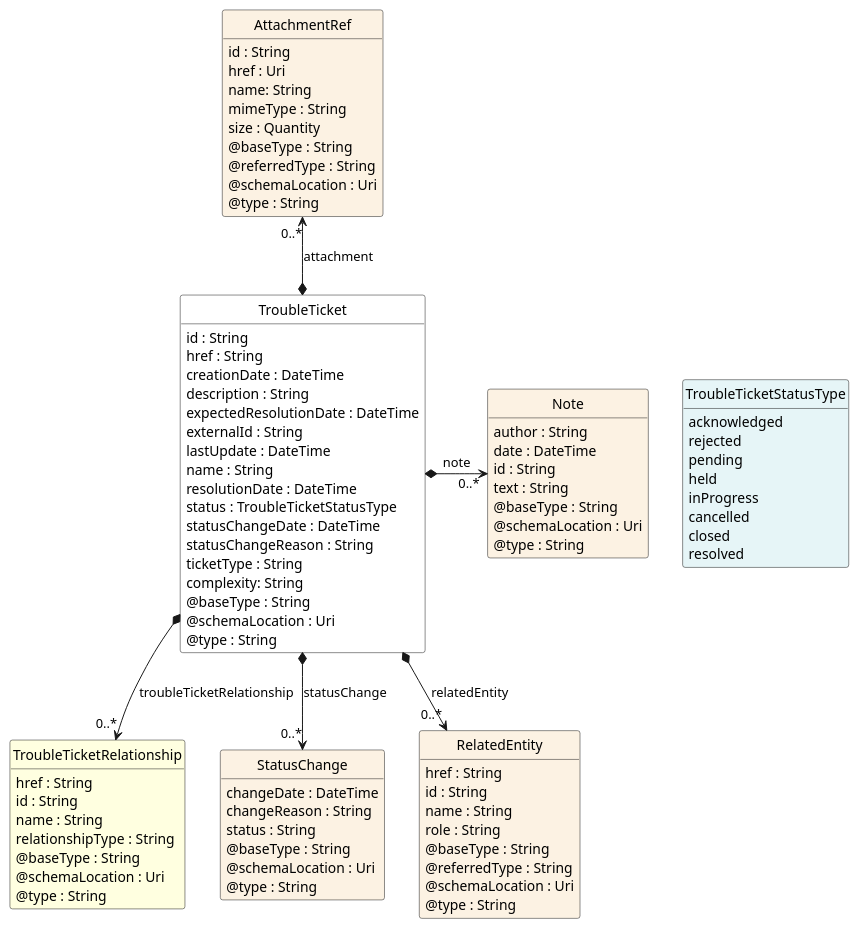
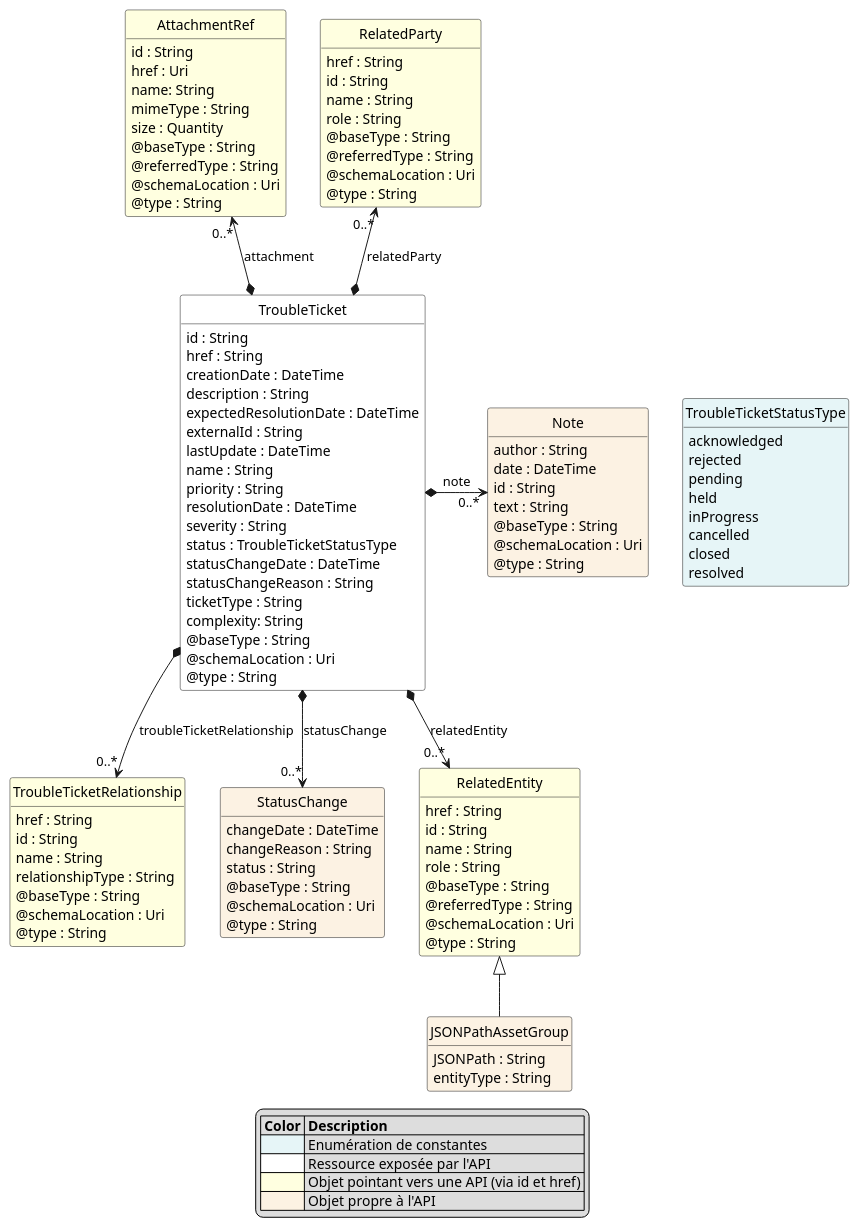
One commit to before-interop/ticketing changed the diagram in Ticketing/model.puml. Above: the diagram before and after it, drawn with PlantUML. The commit also changed 8 other files, not shown here.

```diff
--- a/Ticketing/model.puml
+++ b/Ticketing/model.puml
@@ -1,108 +1,138 @@
 @startuml
 hide circle
 hide methods
 hide stereotype
 show <<Enumeration>> stereotype
 skinparam class {
    BackgroundColor<<Enumeration>> #E6F5F7
    BackgroundColor<<Ref>> #FFFFE0
    BackgroundColor<<Pivot>> #FFFFFFF
    BackgroundColor #FCF2E3
 }
 
 class TroubleTicket  <<Pivot>> {
     id : String
     href : String
     creationDate : DateTime
     description : String
     expectedResolutionDate : DateTime
     externalId : String
     lastUpdate : DateTime
     name : String
+    priority : String
     resolutionDate : DateTime
+    severity : String
     status : TroubleTicketStatusType
     statusChangeDate : DateTime
     statusChangeReason : String
     ticketType : String
     complexity: String
     @baseType : String
     @schemaLocation : Uri
     @type : String
+}
+
+class JSONPathAssetGroup {
+    JSONPath : String
+    entityType : String
 }
 
 class TroubleTicketStatusType <<Enumeration>> {
     acknowledged
     rejected
     pending
     held
     inProgress
     cancelled
     closed
     resolved
 }
 
 class Note  {
     author : String
     date : DateTime
     id : String
     text : String
     @baseType : String
     @schemaLocation : Uri
     @type : String
 }
 
 class TroubleTicketRelationship  <<Ref>> {
     href : String
     id : String
     name : String
     relationshipType : String
     @baseType : String
     @schemaLocation : Uri
     @type : String
 }
 
-class AttachmentRef  {
+class AttachmentRef <<Ref>>  {
     id : String
     href : Uri
     name: String
     mimeType : String
     size : Quantity
     @baseType : String
     @referredType : String
     @schemaLocation : Uri
     @type : String
 }
 
 class StatusChange  {
     changeDate : DateTime
     changeReason : String
     status : String
     @baseType : String
     @schemaLocation : Uri
     @type : String
 }
 
-class RelatedEntity  {
+class RelatedEntity <<Ref>> {
+    href : String
+    id : String
+    name : String
+    role : String
+    @baseType : String
+    @referredType : String
+    @schemaLocation : Uri
+    @type : String
+}
+
+class RelatedParty <<Ref>>  {
     href : String
     id : String
     name : String
     role : String
     @baseType : String
     @referredType : String
     @schemaLocation : Uri
     @type : String
 }
 
 TroubleTicket -right[hidden]-> TroubleTicketStatusType
 
 Note "0..*" <-left-* TroubleTicket : note
 
 AttachmentRef "0..*" <--* TroubleTicket : attachment
 
+RelatedParty "0..*" <--* TroubleTicket : relatedParty
+
 TroubleTicket *-->  "0..*" StatusChange : statusChange
 
 TroubleTicket *-->  "0..*" TroubleTicketRelationship : troubleTicketRelationship
 
 TroubleTicket *-->  "0..*" RelatedEntity : relatedEntity
 
+RelatedEntity <|-- JSONPathAssetGroup
+
+legend
+    |= Color |= Description |
+    |<#E6F5F7>| Enumération de constantes|
+    |<#FFFFFF>| Ressource exposée par l'API |
+    |<#FFFFE0>| Objet pointant vers une API (via id et href) |
+    |<#FCF2E3>| Objet propre à l'API  |
+endlegend
+
 @enduml
```
